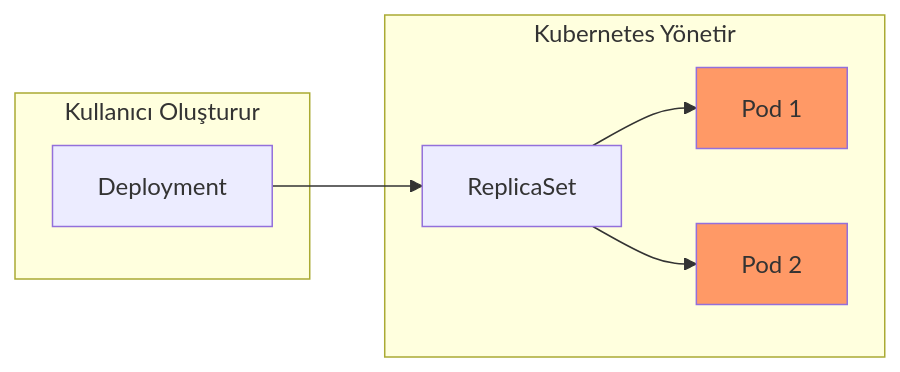
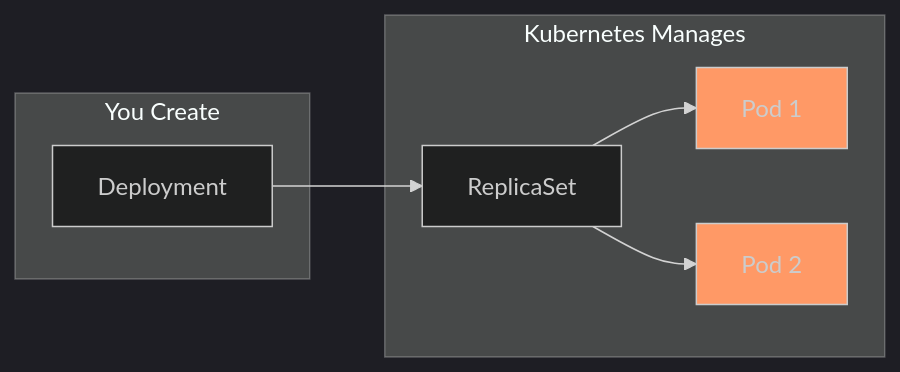
Before and after one commit to uzunenes/CKAD: the second of 2 diagrams in labs/lab-01-pod-basics.md, drawn with Mermaid. The commit also changed other lines of this file and 4 other files, not shown here.

````diff
--- a/labs/lab-01-pod-basics.md
+++ b/labs/lab-01-pod-basics.md
@@ -66,19 +67,20 @@
 ```mermaid
+%%{init: {'theme': 'dark'}}%%
 graph LR
-    subgraph "Kullanıcı Oluşturur"
+    subgraph "You Create"
         DEP[Deployment]
     end
     
-    subgraph "Kubernetes Yönetir"
+    subgraph "Kubernetes Manages"
         RS[ReplicaSet]
         POD1[Pod 1]
         POD2[Pod 2]
     end
     
     DEP --> RS
     RS --> POD1
     RS --> POD2
     
     style POD1 fill:#f96
     style POD2 fill:#f96
 ```
````
